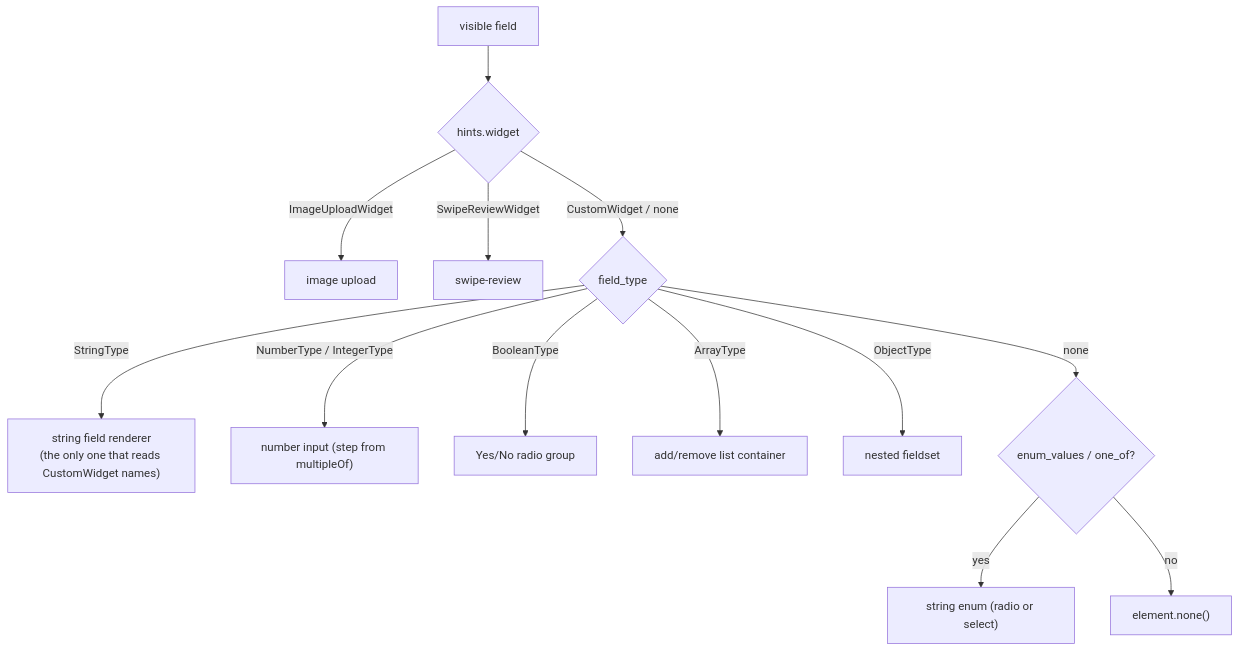
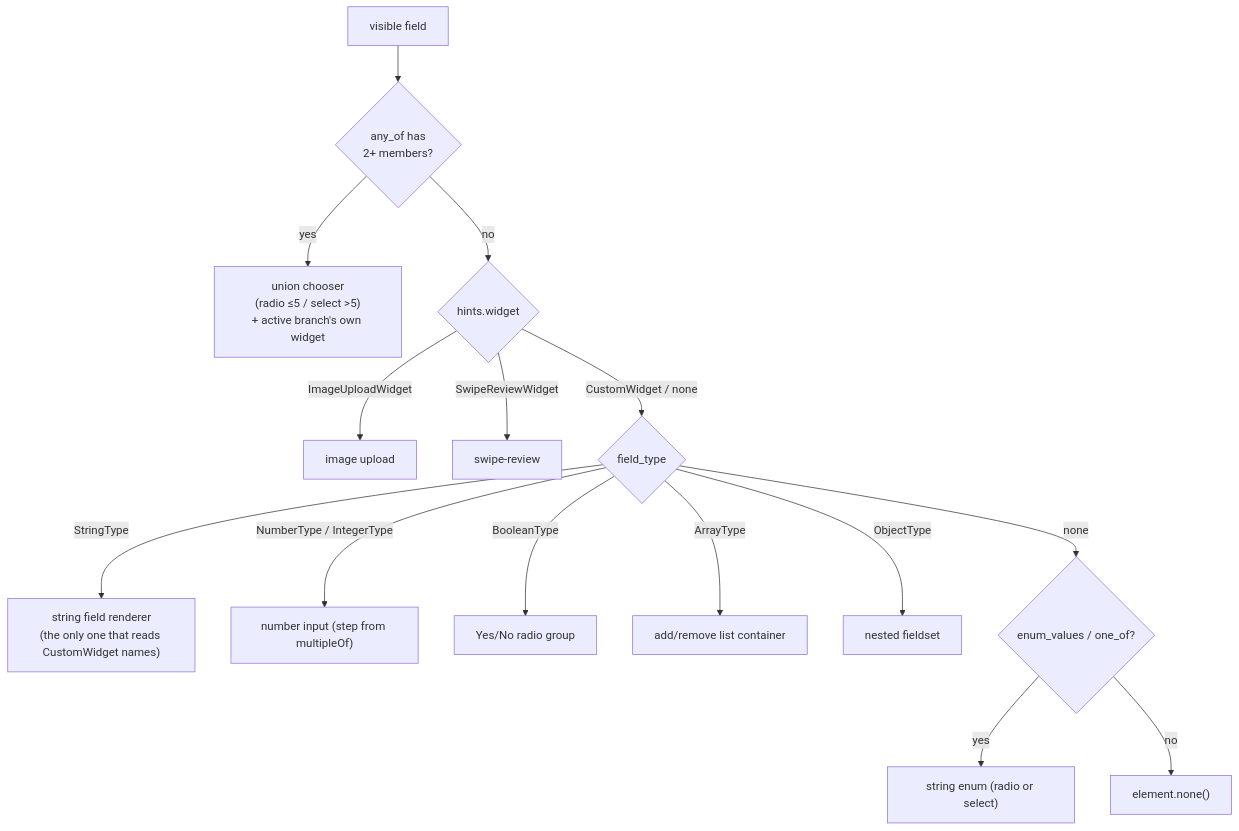
Before and after one commit to radionest/gleam_formosh: the first of 2 diagrams in docs/reference/widgets.md, drawn with Mermaid. The commit also changed other lines of this file and 37 other files, not shown here.

First line of the commit message:
feat: anyOf union support — nullable Optional collapse and branch selector (#88)

````diff
--- a/docs/reference/widgets.md
+++ b/docs/reference/widgets.md
@@ -26,15 +26,17 @@
 ```mermaid
 flowchart TD
-    F["visible field"] --> W{"hints.widget"}
+    F["visible field"] --> U{"any_of has<br/>2+ members?"}
+    U -- "yes" --> UC["union chooser<br/>(radio ≤5 / select >5)<br/>+ active branch's own widget"]
+    U -- "no" --> W{"hints.widget"}
     W -- "ImageUploadWidget" --> IU["image upload"]
     W -- "SwipeReviewWidget" --> SR["swipe-review"]
     W -- "CustomWidget / none" --> T{"field_type"}
     T -- "StringType" --> S["string field renderer<br/>(the only one that reads CustomWidget names)"]
     T -- "NumberType / IntegerType" --> NUM["number input (step from multipleOf)"]
     T -- "BooleanType" --> B["Yes/No radio group"]
     T -- "ArrayType" --> A["add/remove list container"]
     T -- "ObjectType" --> O["nested fieldset"]
     T -- "none" --> E{"enum_values / one_of?"}
     E -- "yes" --> EN["string enum (radio or select)"]
     E -- "no" --> NONE["element.none()"]
 ```
````
